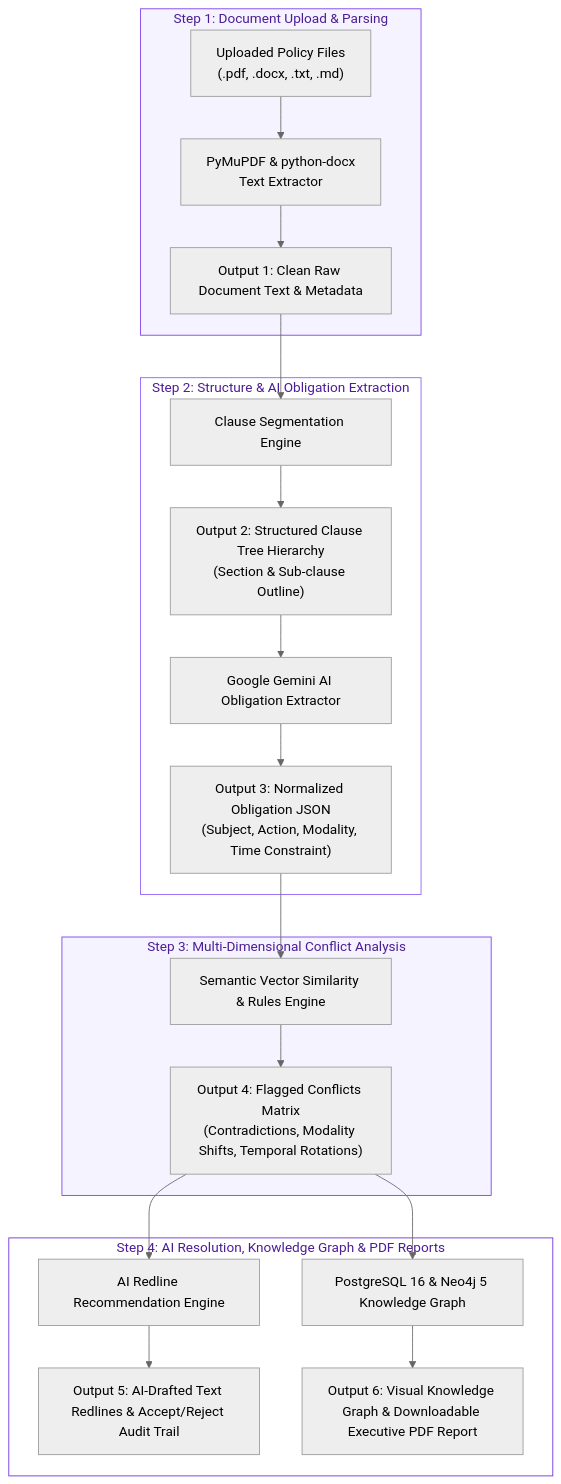
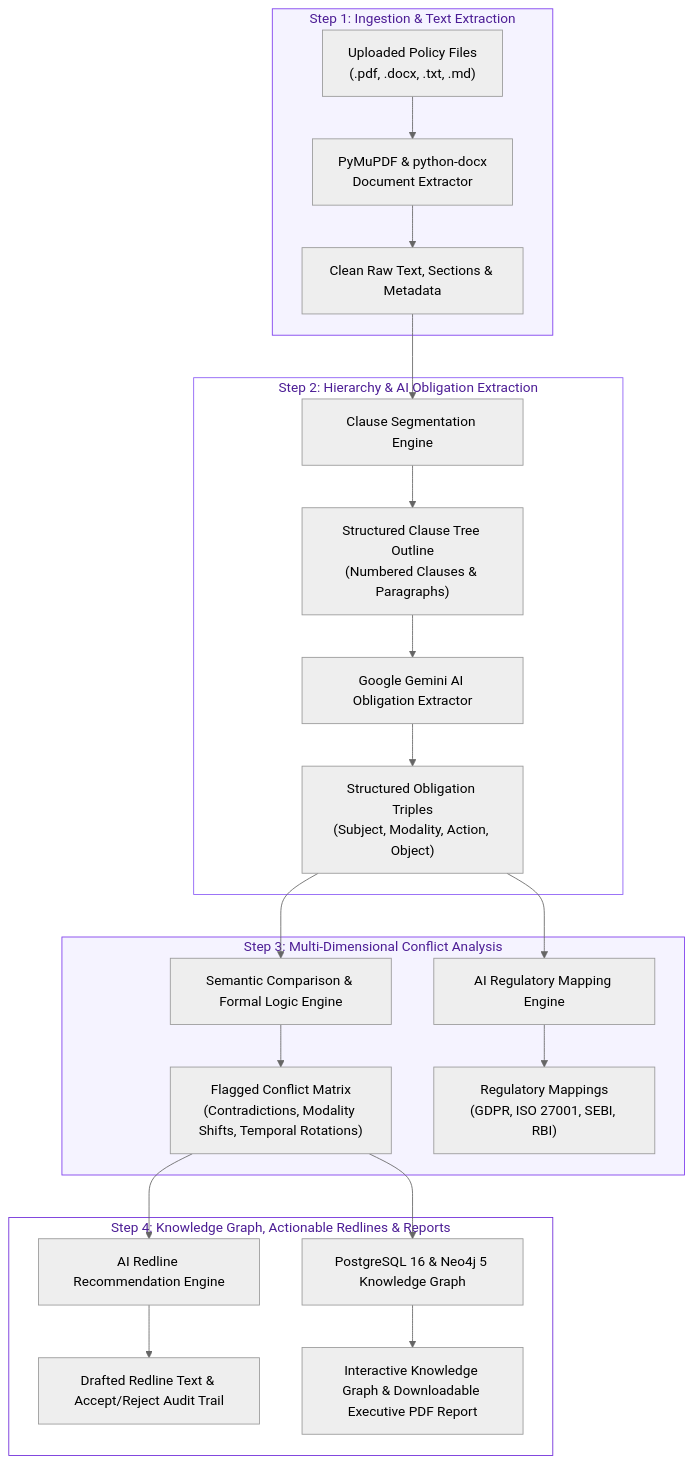
Before and after one commit to Sangamithraa077/PolicySentinel: the diagram in README.md, drawn with Mermaid (neutral theme). The commit also changed other lines of this file, not shown here.

Commit message:
docs: update README with accurate tech stack, complete module inventory, credentials, and architecture

````diff
--- a/README.md
+++ b/README.md
@@ -46,31 +55,33 @@
 ```mermaid
 flowchart TD
-    subgraph Step1["Step 1: Document Upload & Parsing"]
-        A["Uploaded Policy Files\n(.pdf, .docx, .txt, .md)"] --> B["PyMuPDF & python-docx\nText Extractor"]
-        B --> Out1["Output 1: Clean Raw Document Text & Metadata"]
+    subgraph Step1["Step 1: Ingestion & Text Extraction"]
+        A["Uploaded Policy Files\n(.pdf, .docx, .txt, .md)"] --> B["PyMuPDF & python-docx\nDocument Extractor"]
+        B --> Out1["Clean Raw Text, Sections & Metadata"]
     end
 
-    subgraph Step2["Step 2: Structure & AI Obligation Extraction"]
+    subgraph Step2["Step 2: Hierarchy & AI Obligation Extraction"]
         Out1 --> C["Clause Segmentation Engine"]
-        C --> Out2["Output 2: Structured Clause Tree Hierarchy\n(Section & Sub-clause Outline)"]
+        C --> Out2["Structured Clause Tree Outline\n(Numbered Clauses & Paragraphs)"]
         Out2 --> D["Google Gemini AI Obligation Extractor"]
-        D --> Out3["Output 3: Normalized Obligation JSON\n(Subject, Action, Modality, Time Constraint)"]
+        D --> Out3["Structured Obligation Triples\n(Subject, Modality, Action, Object)"]
     end
 
     subgraph Step3["Step 3: Multi-Dimensional Conflict Analysis"]
-        Out3 --> E["Semantic Vector Similarity & Rules Engine"]
-        E --> Out4["Output 4: Flagged Conflicts Matrix\n(Contradictions, Modality Shifts, Temporal Rotations)"]
+        Out3 --> E["Semantic Comparison & Formal Logic Engine"]
+        E --> Out4["Flagged Conflict Matrix\n(Contradictions, Modality Shifts, Temporal Rotations)"]
+        Out3 --> RegMap["AI Regulatory Mapping Engine"]
+        RegMap --> RegOut["Regulatory Mappings\n(GDPR, ISO 27001, SEBI, RBI)"]
     end
 
-    subgraph Step4["Step 4: AI Resolution, Knowledge Graph & PDF Reports"]
+    subgraph Step4["Step 4: Knowledge Graph, Actionable Redlines & Reports"]
         Out4 --> F["AI Redline Recommendation Engine"]
         Out4 --> G["PostgreSQL 16 & Neo4j 5 Knowledge Graph"]
-        F --> Out5["Output 5: AI-Drafted Text Redlines & Accept/Reject Audit Trail"]
-        G --> Out6["Output 6: Visual Knowledge Graph & Downloadable Executive PDF Report"]
+        F --> Out5["Drafted Redline Text & Accept/Reject Audit Trail"]
+        G --> Out6["Interactive Knowledge Graph & Downloadable Executive PDF Report"]
     end
 
     style Step1 fill:#F5F3FF,stroke:#7C3AED,color:#4C1D95
     style Step2 fill:#FFFFFF,stroke:#8B5CF6,color:#4C1D95
     style Step3 fill:#F5F3FF,stroke:#7C3AED,color:#4C1D95
     style Step4 fill:#FFFFFF,stroke:#6D28D9,color:#4C1D95
 ```
````
